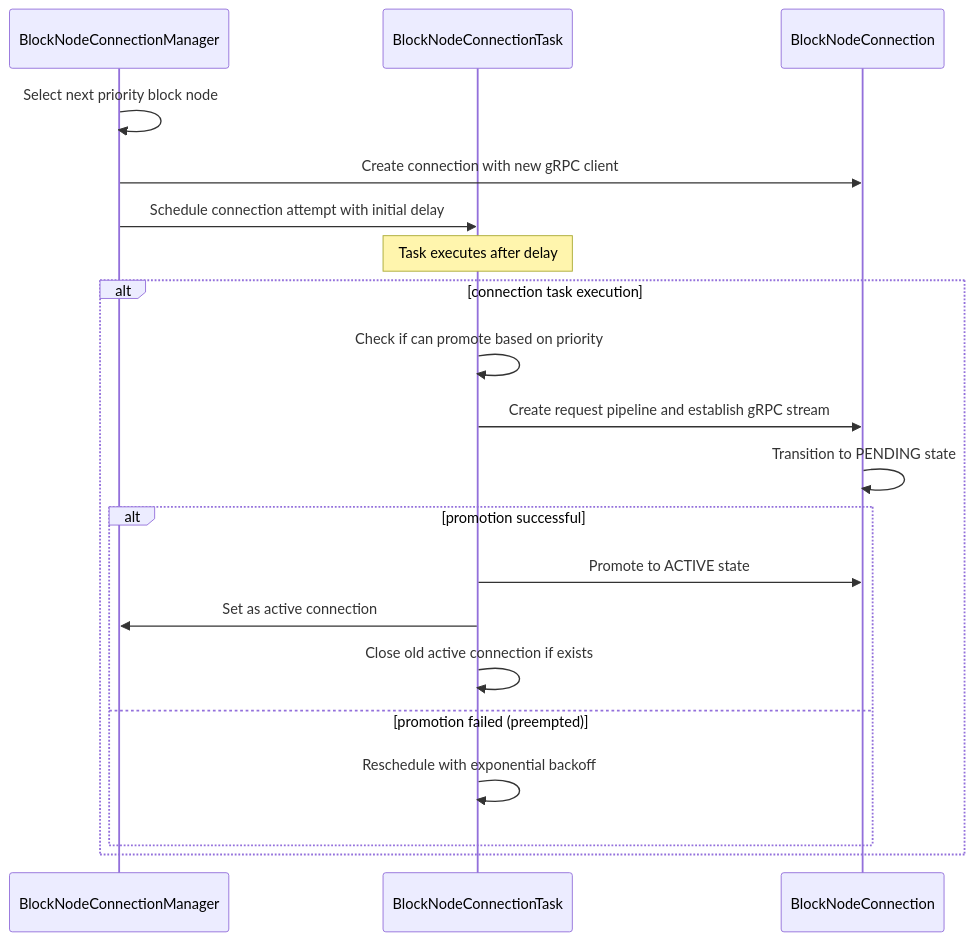
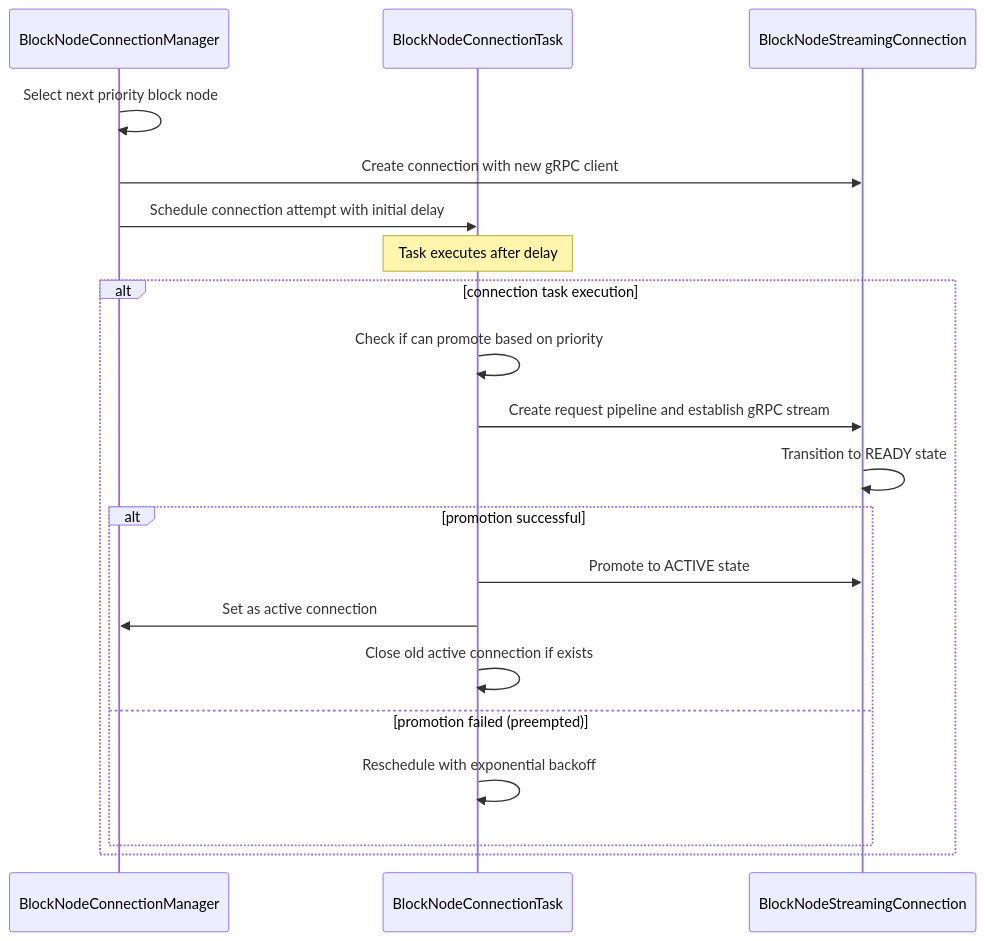
Before and after one commit to hiero-ledger/hiero-consensus-node: the first of 3 diagrams in hedera-node/docs/design/app/blocks/BlockNodeConnectionManager.md, drawn with Mermaid. The commit also changed other lines of this file and 20 other files, not shown here.

Commit message:
feat: When selecting a block node, use the block node server status

````diff
--- a/hedera-node/docs/design/app/blocks/BlockNodeConnectionManager.md
+++ b/hedera-node/docs/design/app/blocks/BlockNodeConnectionManager.md
@@ -65,26 +97,26 @@
 ```mermaid
 sequenceDiagram
     participant Manager as BlockNodeConnectionManager
     participant Task as BlockNodeConnectionTask
-    participant Conn as BlockNodeConnection
+    participant Conn as BlockNodeStreamingConnection
 
     Manager->>Manager: Select next priority block node
     Manager->>Conn: Create connection with new gRPC client
     Manager->>Task: Schedule connection attempt with initial delay
 
     Note over Task: Task executes after delay
 
     alt connection task execution
       Task->>Task: Check if can promote based on priority
       Task->>Conn: Create request pipeline and establish gRPC stream
-      Conn->>Conn: Transition to PENDING state
+      Conn->>Conn: Transition to READY state
 
       alt promotion successful
         Task->>Conn: Promote to ACTIVE state
         Task->>Manager: Set as active connection
         Task->>Task: Close old active connection if exists
       else promotion failed (preempted)
         Task->>Task: Reschedule with exponential backoff
       end
     end
 ```
````
